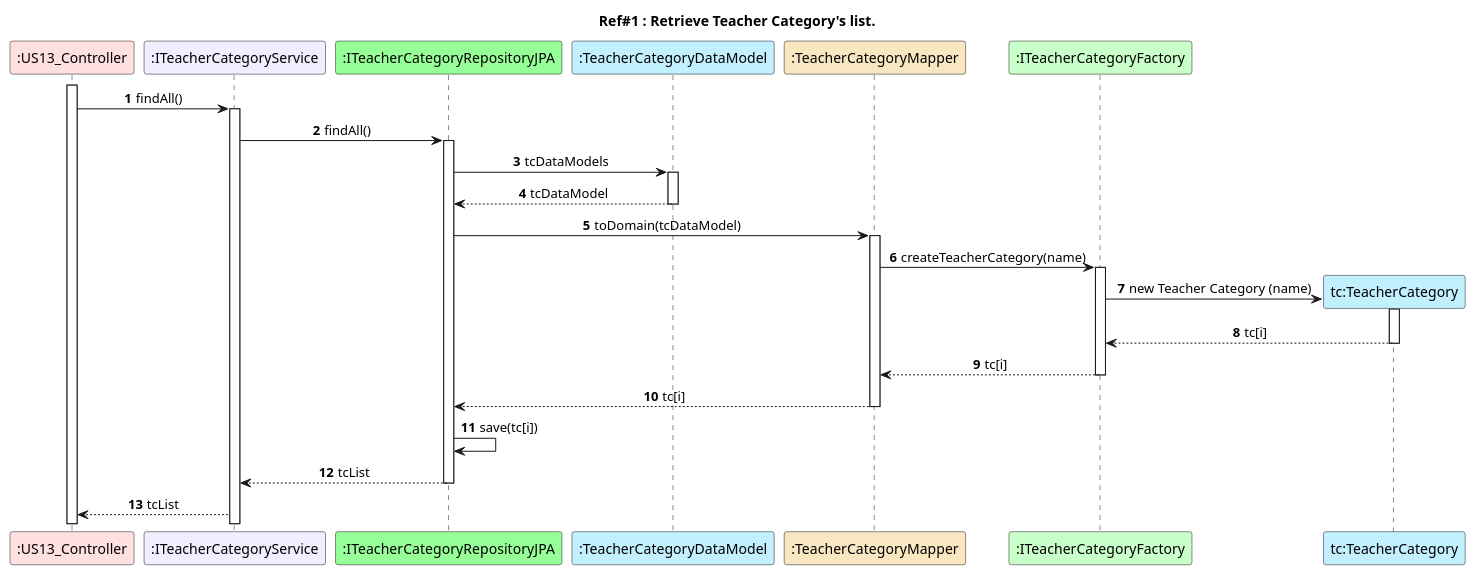
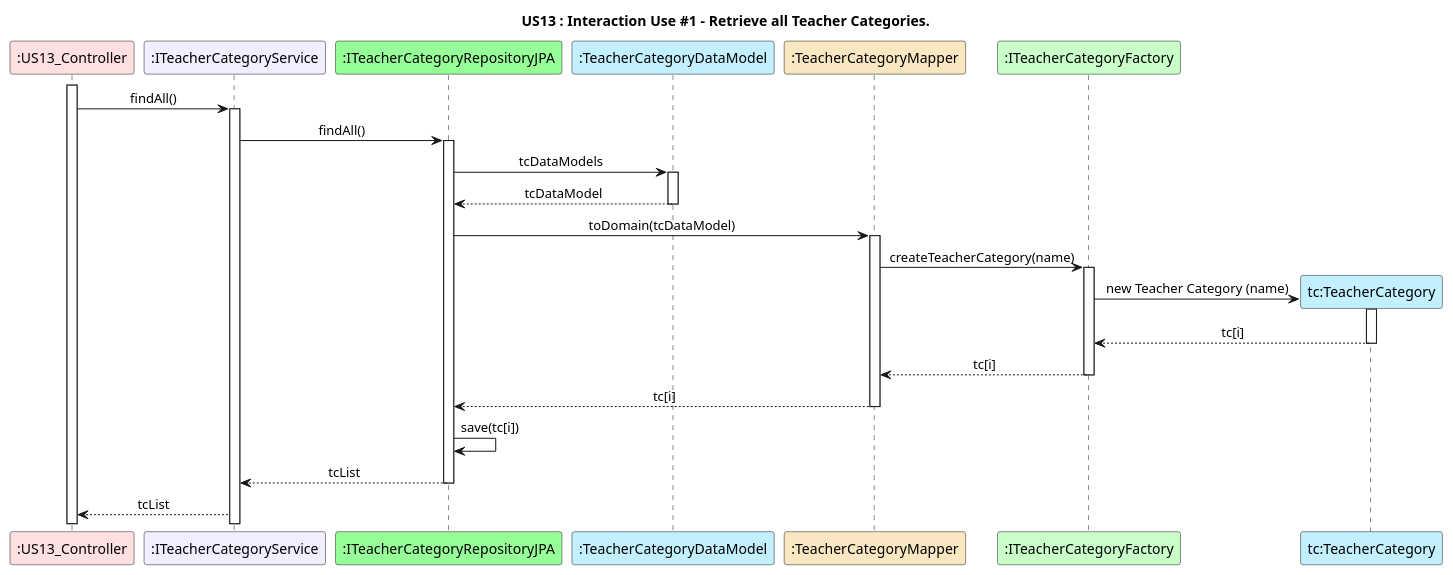
Before and after one commit to GasparISEP/DevOps-PAI: the diagram in docs/US13/Documentation_SpringData_JPA/US13_SD_Interaction_Use_#1.puml, drawn with PlantUML. The commit also changed 5 other files, not shown here.

```diff
--- a/docs/US13/Documentation_SpringData_JPA/US13_SD_Interaction_Use_#1.puml
+++ b/docs/US13/Documentation_SpringData_JPA/US13_SD_Interaction_Use_#1.puml
@@ -1,41 +1,40 @@
 @startuml
-title Ref#1 : Retrieve Teacher Category's list.
+title US13 : Interaction Use #1 - Retrieve all Teacher Categories.
 skinparam sequenceMessageAlign center
-autonumber
 
 participant ":US13_Controller" as controller #implementation
 participant ":ITeacherCategoryService" as ItcService #motivation
 participant ":ITeacherCategoryRepositoryJPA" as ItcRepoJPA #physical
 participant ":TeacherCategoryDataModel" as tcDataModel #application
 participant ":TeacherCategoryMapper" as tcMapper #strategy
 participant ":ITeacherCategoryFactory" as ItcFactory #technology
 participant "tc:TeacherCategory" as tc #application
 
 
 
 activate controller
 controller -> ItcService : findAll()
 activate ItcService
 ItcService -> ItcRepoJPA : findAll()
 activate ItcRepoJPA
 ItcRepoJPA -> tcDataModel : tcDataModels
 activate tcDataModel
 tcDataModel --> ItcRepoJPA : tcDataModel
 deactivate tcDataModel
 ItcRepoJPA -> tcMapper : toDomain(tcDataModel)
 activate tcMapper
 tcMapper -> ItcFactory : createTeacherCategory(name)
 activate ItcFactory
 ItcFactory -> tc** : new Teacher Category (name)
 activate tc
 tc --> ItcFactory : tc[i]
 deactivate tc
 ItcFactory --> tcMapper : tc[i]
 deactivate ItcFactory
 tcMapper --> ItcRepoJPA : tc[i]
 deactivate tcMapper
 ItcRepoJPA -> ItcRepoJPA : save(tc[i])
 ItcRepoJPA --> ItcService : tcList
 deactivate ItcRepoJPA
 ItcService --> controller : tcList
 @enduml
```
